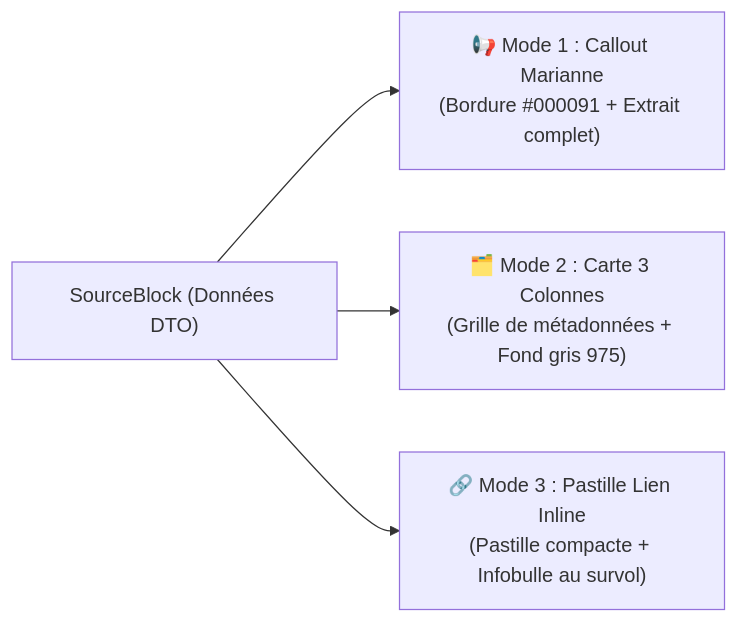
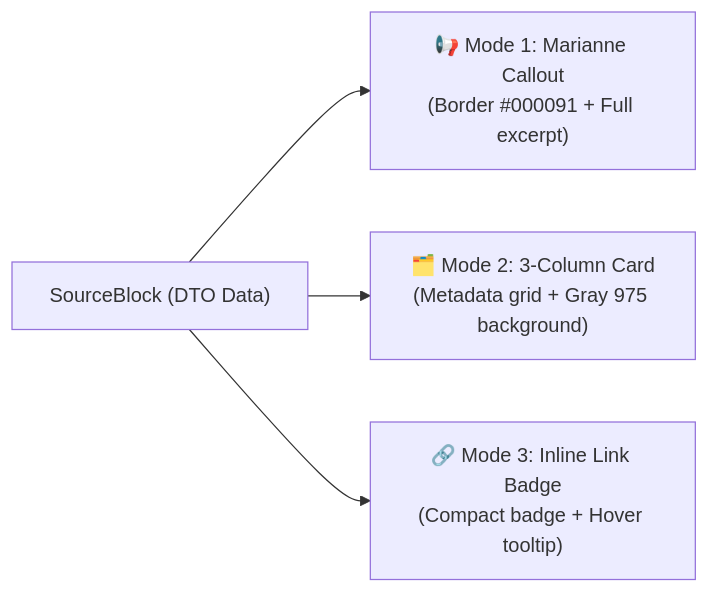
The diagram in packages/blocknote-sources/docs/formats.md (waxland/dinum-setup), drawn with Mermaid before and after one commit. The commit also changed other lines of this file and 77 other files, not shown here.

````diff
--- a/packages/blocknote-sources/docs/formats.md
+++ b/packages/blocknote-sources/docs/formats.md
@@ -13,6 +13,6 @@
 ```mermaid
 flowchart LR
-    Block["SourceBlock (Données DTO)"] --> Mode1["📢 Mode 1 : Callout Marianne<br/>(Bordure #000091 + Extrait complet)"]
-    Block --> Mode2["🗂️ Mode 2 : Carte 3 Colonnes<br/>(Grille de métadonnées + Fond gris 975)"]
-    Block --> Mode3["🔗 Mode 3 : Pastille Lien Inline<br/>(Pastille compacte + Infobulle au survol)"]
+    Block["SourceBlock (DTO Data)"] --> Mode1["📢 Mode 1: Marianne Callout<br/>(Border #000091 + Full excerpt)"]
+    Block --> Mode2["🗂️ Mode 2: 3-Column Card<br/>(Metadata grid + Gray 975 background)"]
+    Block --> Mode3["🔗 Mode 3: Inline Link Badge<br/>(Compact badge + Hover tooltip)"]
 ```
````
